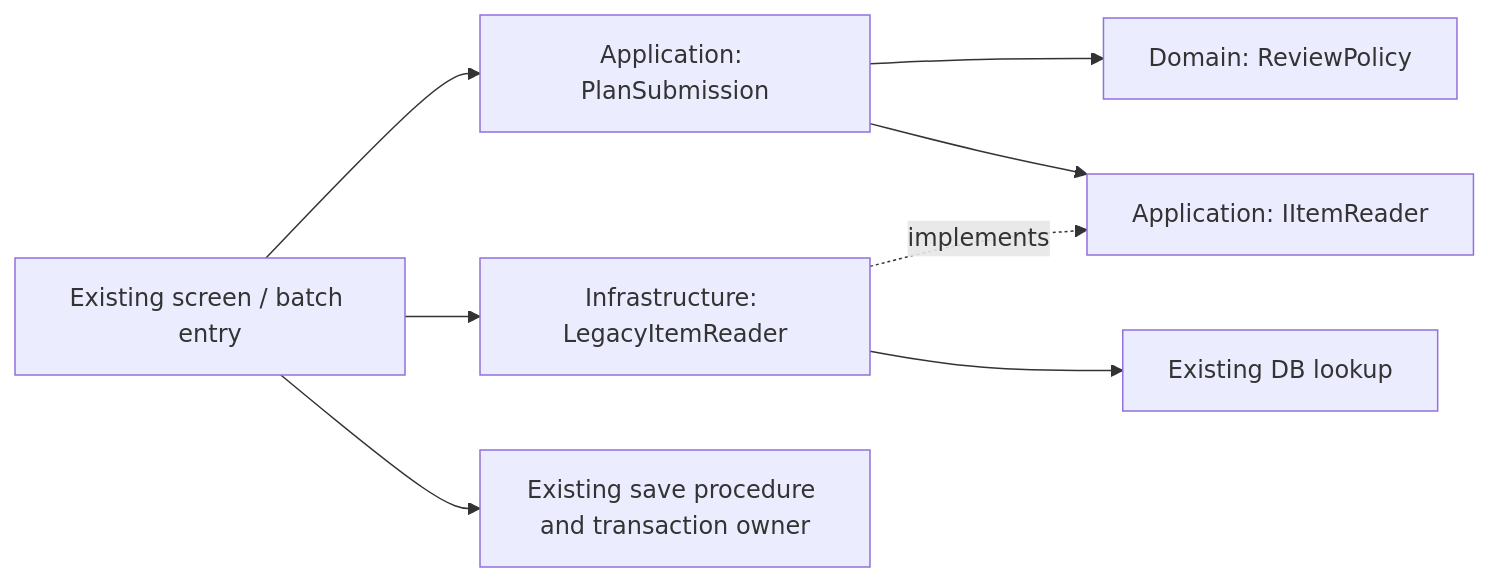
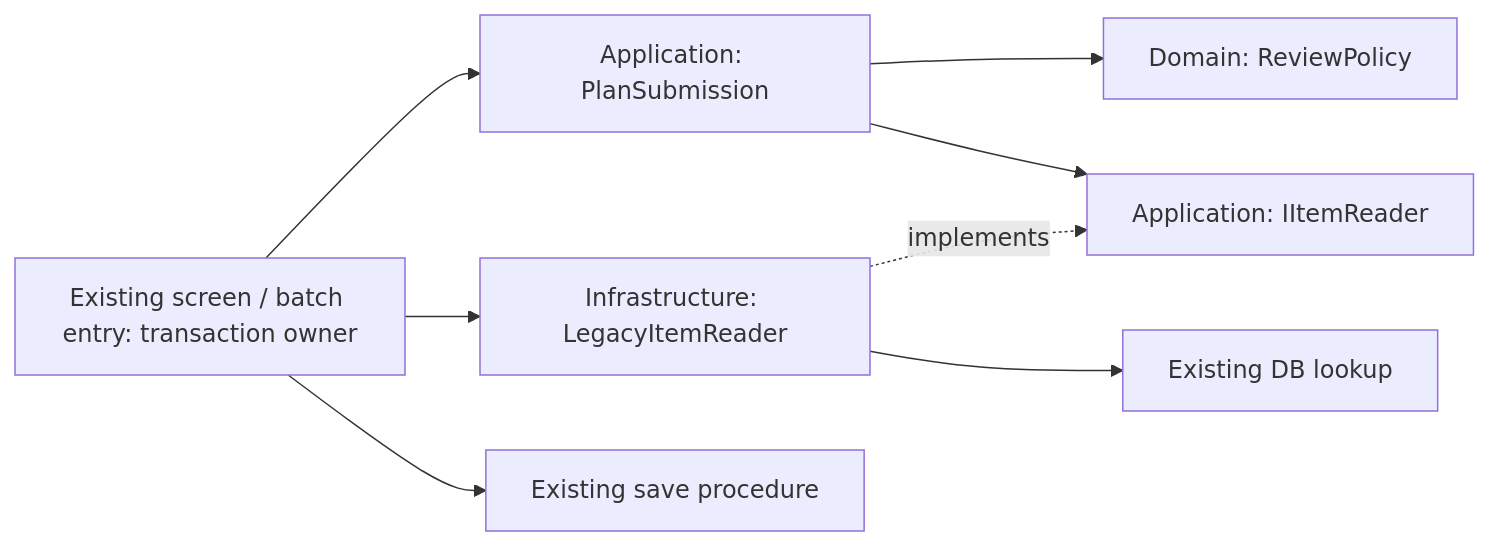
Before and after one commit to nakashima-yoshua/feature-map-workflow: the diagram in examples/legacy-feature-boundary/README.md, drawn with Mermaid.

Commit message:
境界図のトランザクション所有者を呼出側に訂正
TX-OWNERSHIP: 本文と同じcaller-owned transactionを図でも示す。

Authoring-Agent: Codex

````diff
--- a/examples/legacy-feature-boundary/README.md
+++ b/examples/legacy-feature-boundary/README.md
@@ -41,10 +41,10 @@
 ```mermaid
 flowchart LR
-    Entry[Existing screen / batch entry] --> App[Application: PlanSubmission]
+    Entry["Existing screen / batch entry: transaction owner"] --> App[Application: PlanSubmission]
     Entry --> Adapter[Infrastructure: LegacyItemReader]
     App --> Rule[Domain: ReviewPolicy]
     App --> Port[Application: IItemReader]
     Adapter -. implements .-> Port
     Adapter --> DB[Existing DB lookup]
-    Entry --> Save[Existing save procedure and transaction owner]
+    Entry --> Save[Existing save procedure]
 ```
````
